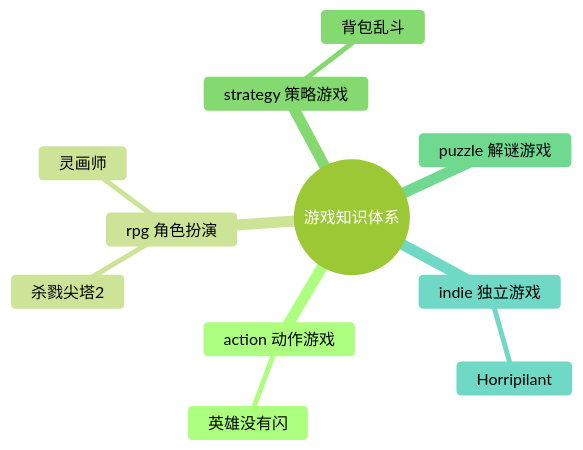
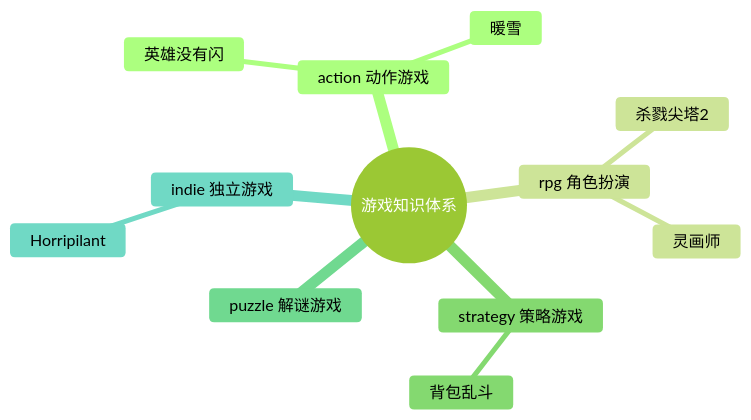
Before and after one commit to hongyesuifeng/readbooks: the diagram in games/游戏知识图谱.md, drawn with Mermaid (forest theme). The commit also changed other lines of this file and 1 other file, not shown here.

````diff
--- a/games/游戏知识图谱.md
+++ b/games/游戏知识图谱.md
@@ -9,14 +9,15 @@
 ```mermaid
 mindmap
   root((游戏知识体系))
     action 动作游戏
       英雄没有闪
+      暖雪
     rpg 角色扮演
       杀戮尖塔2
       灵画师
     strategy 策略游戏
       背包乱斗
     puzzle 解谜游戏
     indie 独立游戏
       Horripilant
 ```
````
